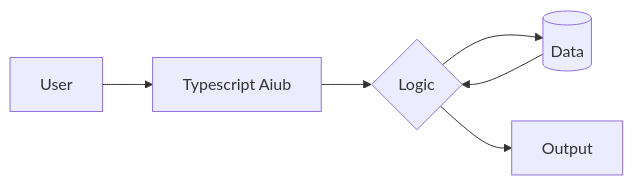
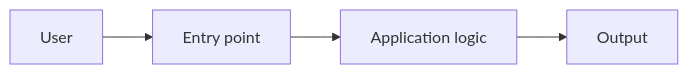
Before and after one commit to ALPHAMAN-0/TypeScript_AIUB: the diagram in README.md, drawn with Mermaid.

Commit message:
docs: replace generic architecture diagram with real one

````diff
--- a/README.md
+++ b/README.md
@@ -5,8 +5,6 @@
 ```mermaid
 flowchart LR
-    A[User] --> B[Typescript Aiub]
-    B --> C{Logic}
-    C --> D[(Data)]
-    C --> E[Output]
-    D --> C
+    User --> Entry[Entry point]
+    Entry --> Logic[Application logic]
+    Logic --> Output[Output]
 ```
````
